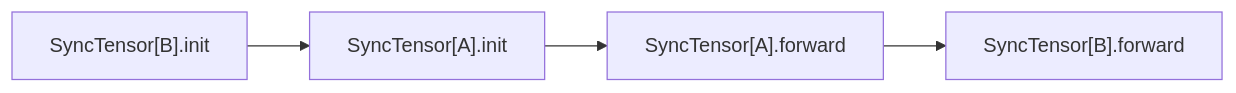
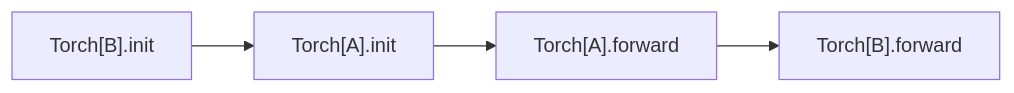
Before and after one commit to torchpipe/torchpipe.github.io: the diagram in docs/backend-reference/torch.mdx, drawn with Mermaid. The commit also changed other lines of this file and 26 other files, not shown here.

````diff
--- a/docs/backend-reference/torch.mdx
+++ b/docs/backend-reference/torch.mdx
@@ -87,6 +83,6 @@
 ```mermaid
 flowchart LR
-  BI["SyncTensor[B].init"] --> AI["SyncTensor[A].init"]
-  AI --> AF["SyncTensor[A].forward"]
-  AF --> BF["SyncTensor[B].forward "]
+  BI["Torch[B].init"] --> AI["Torch[A].init"]
+  AI --> AF["Torch[A].forward"]
+  AF --> BF["Torch[B].forward "]
 ```
````
